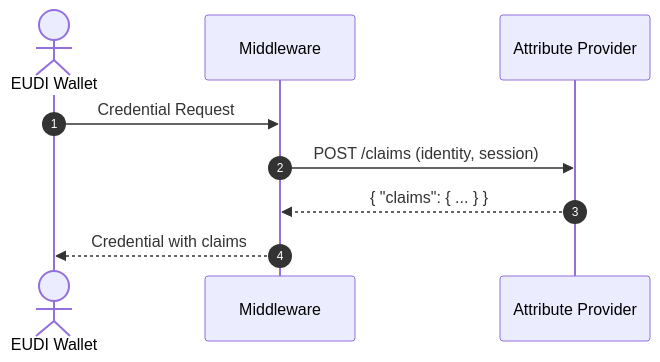
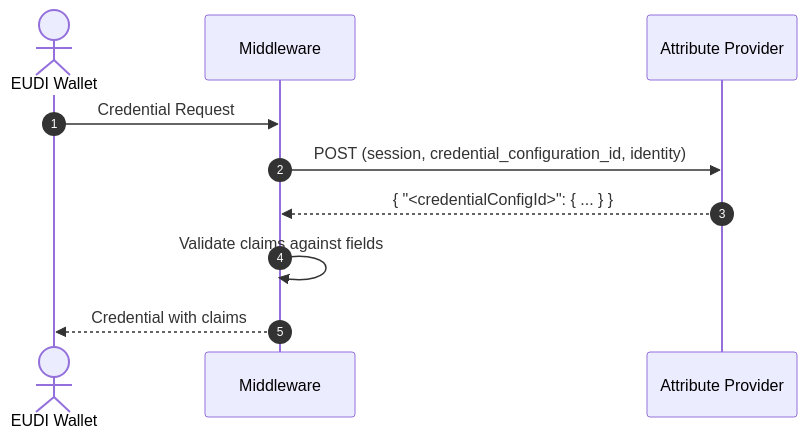
One commit to Cypher-CP0/eudiplo changed the first of 2 diagrams in apps/docs/docs/architecture/extension-points/attribute-providers.md. Above: the diagram before and after it, drawn with Mermaid. The commit also changed other lines of this file and 3 other files, not shown here.

First line of the commit message:
docs(architecture): correct extension point pages (#1094)

````diff
--- a/apps/docs/docs/architecture/extension-points/attribute-providers.md
+++ b/apps/docs/docs/architecture/extension-points/attribute-providers.md
@@ -35,12 +35,13 @@
 ```mermaid
 sequenceDiagram
     autonumber
     actor Wallet as EUDI Wallet
     participant EUDIPLO as Middleware
     participant AP as Attribute Provider
 
     Wallet->>EUDIPLO: Credential Request
-    EUDIPLO->>AP: POST /claims (identity, session)
-    AP-->>EUDIPLO: { "claims": { ... } }
+    EUDIPLO->>AP: POST (session, credential_configuration_id, identity)
+    AP-->>EUDIPLO: { "<credentialConfigId>": { ... } }
+    EUDIPLO->>EUDIPLO: Validate claims against fields
     EUDIPLO-->>Wallet: Credential with claims
 ```
````
